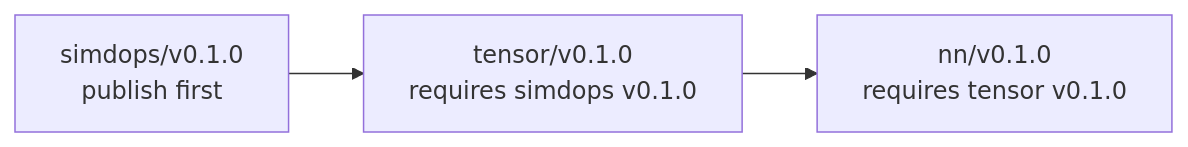
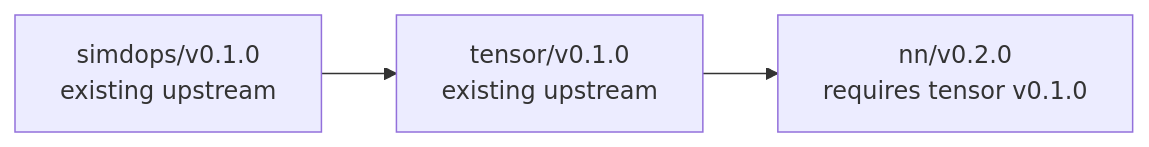
One commit to bpradana/goml changed the first of 2 diagrams in docs/releasing.md. Above: the diagram before and after it, drawn with Mermaid. The commit also changed other lines of this file and 8 other files, not shown here.

````diff
--- a/docs/releasing.md
+++ b/docs/releasing.md
@@ -15,5 +15,5 @@
 ```mermaid
 flowchart LR
-    SIMD["simdops/v0.1.0<br/>publish first"] --> Tensor["tensor/v0.1.0<br/>requires simdops v0.1.0"]
-    Tensor --> NN["nn/v0.1.0<br/>requires tensor v0.1.0"]
+    SIMD["simdops/v0.1.0<br/>existing upstream"] --> Tensor["tensor/v0.1.0<br/>existing upstream"]
+    Tensor --> NN["nn/v0.2.0<br/>requires tensor v0.1.0"]
 ```
````
